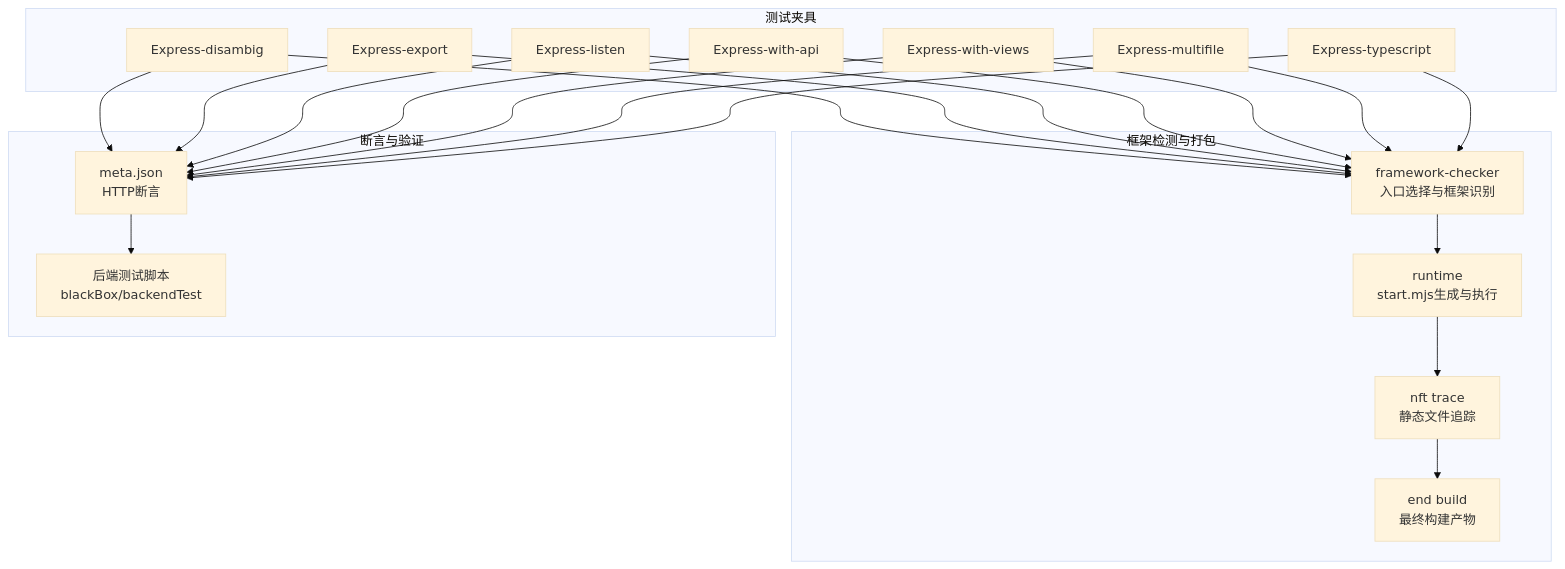
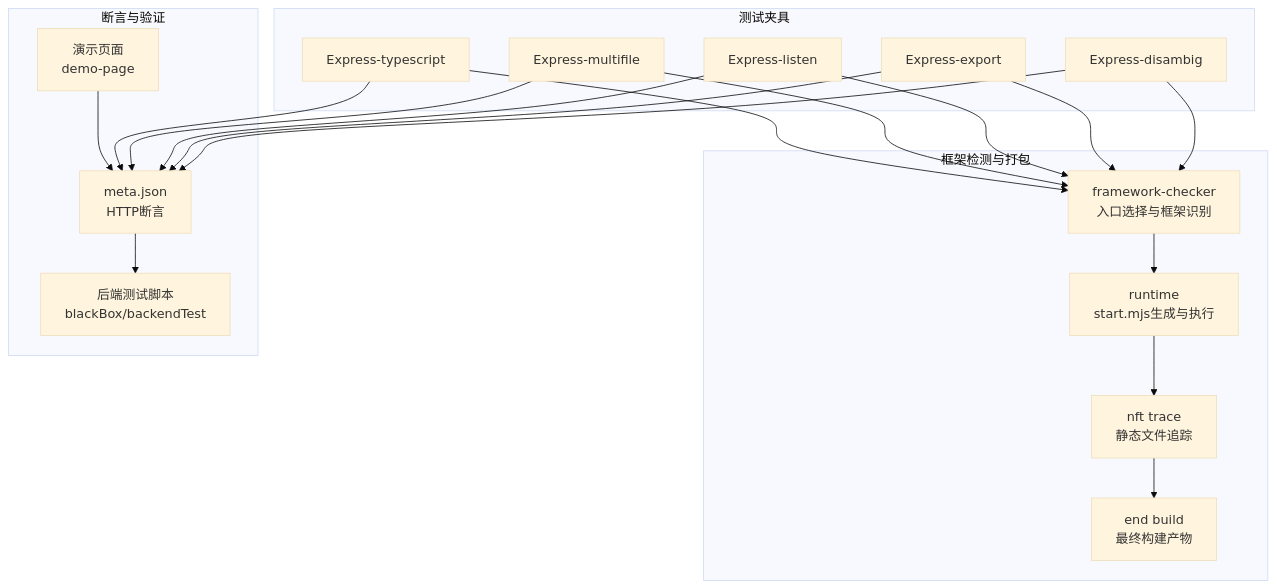
One commit to esa-sp/test-for-aone-ci changed the second of 9 diagrams in .qoder/repowiki/zh/content/后端框架测试/Express框架测试.md. Above: the diagram before and after it, drawn with Mermaid (base theme). The commit also changed other lines of this file and 58 other files, not shown here.

````diff
--- a/.qoder/repowiki/zh/content/后端框架测试/Express框架测试.md
+++ b/.qoder/repowiki/zh/content/后端框架测试/Express框架测试.md
@@ -123,40 +116,36 @@
 ```mermaid
 graph TB
 subgraph "框架检测与打包"
 FC["framework-checker<br/>入口选择与框架识别"]
 RTM["runtime<br/>start.mjs生成与执行"]
 NFT["nft trace<br/>静态文件追踪"]
 END["end build<br/>最终构建产物"]
 end
 subgraph "测试夹具"
 F1["Express-disambig"]
 F2["Express-export"]
 F3["Express-listen"]
-F4["Express-with-api"]
-F5["Express-with-views"]
-F6["Express-multifile"]
-F7["Express-typescript"]
+F4["Express-multifile"]
+F5["Express-typescript"]
 end
 subgraph "断言与验证"
 META["meta.json<br/>HTTP断言"]
 BT["后端测试脚本<br/>blackBox/backendTest"]
+DP["演示页面<br/>demo-page"]
 end
 F1 --> FC
 F2 --> FC
 F3 --> FC
 F4 --> FC
 F5 --> FC
-F6 --> FC
-F7 --> FC
 FC --> RTM
 RTM --> NFT
 NFT --> END
 F1 --> META
 F2 --> META
 F3 --> META
 F4 --> META
 F5 --> META
-F6 --> META
-F7 --> META
 META --> BT
+DP --> META
 ```
````
